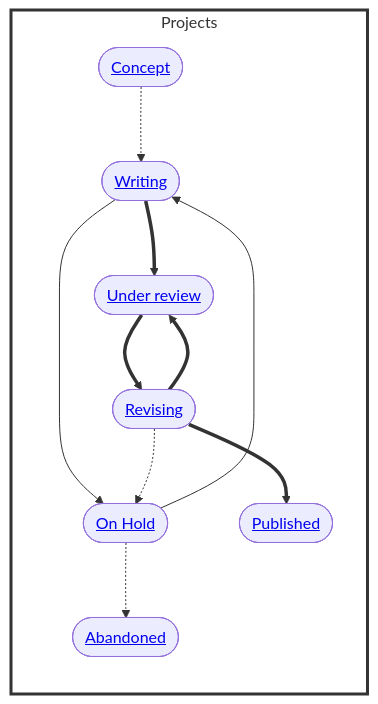
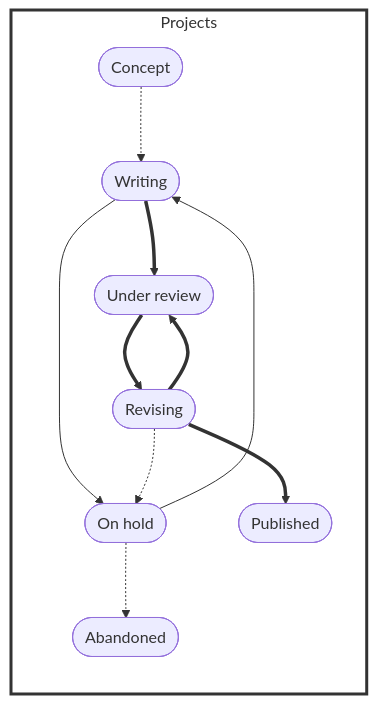
The diagram in research/projects.qmd (fs-ise/handbook), drawn with Mermaid before and after one commit. The commit also changed 5 other files, not shown here.

````diff
--- a/research/projects.qmd
+++ b/research/projects.qmd
@@ -102,17 +102,16 @@
 ```{mermaid}
 flowchart LR
     subgraph Projects
         direction TB
-        Concept(["<a href='#concept'>Concept</a>"]) -.-> Writing(["<a href='#writing'>Writing</a>"])
-        Writing --> OnHold(["<a href='#on-hold'>On Hold</a>"])
+        Concept(["Concept"]) -.-> Writing(["Writing"])
+        Writing --> OnHold(["On hold"])
         OnHold --> Writing
-        OnHold -.-> Abandoned(["<a href='#abandoned'>Abandoned</a>"])
-        Writing ==> UnderReview(["<a href='#under-review'>Under review</a>"])
+        OnHold -.-> Abandoned(["Abandoned"])
+        Writing ==> UnderReview(["Under review"])
         Revising -.-> OnHold
         Revising ==> UnderReview
-        UnderReview ==> Revising(["<a href='#revising'>Revising</a>"])
-        Revising ==> Published(["<a href='#published'>Published</a>"])
+        UnderReview ==> Revising(["Revising"])
+        Revising ==> Published(["Published"])
     end
     style Projects fill:white,stroke:#333,stroke-width:3px
-
 ```
````
